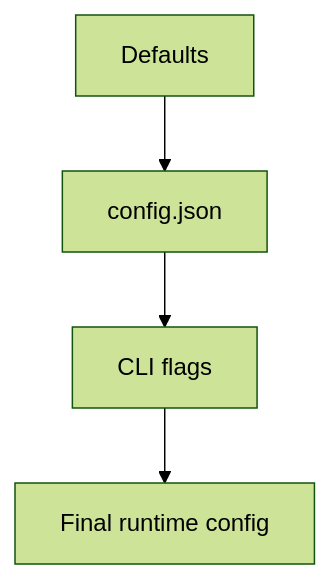
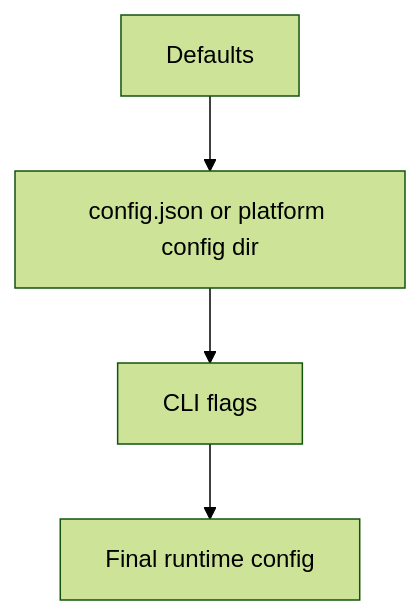
The second of 2 diagrams in WORKING.md (arxhr007/Aliens_eye), drawn with Mermaid (forest theme) before and after one commit. The commit also changed other lines of this file and 53 other files, not shown here.

````diff
--- a/WORKING.md
+++ b/WORKING.md
@@ -94,6 +125,6 @@
 ```mermaid
 flowchart TD
-    A[Defaults] --> B[config.json]
+    A[Defaults] --> B[config.json or platform config dir]
     B --> C[CLI flags]
     C --> D[Final runtime config]
 ```
````
